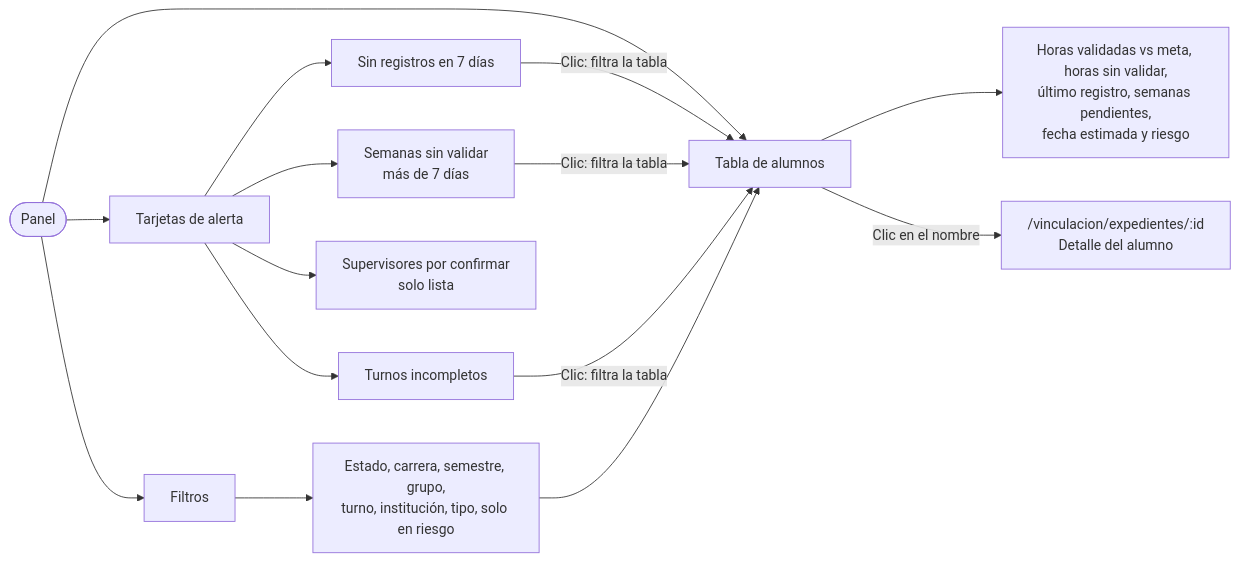
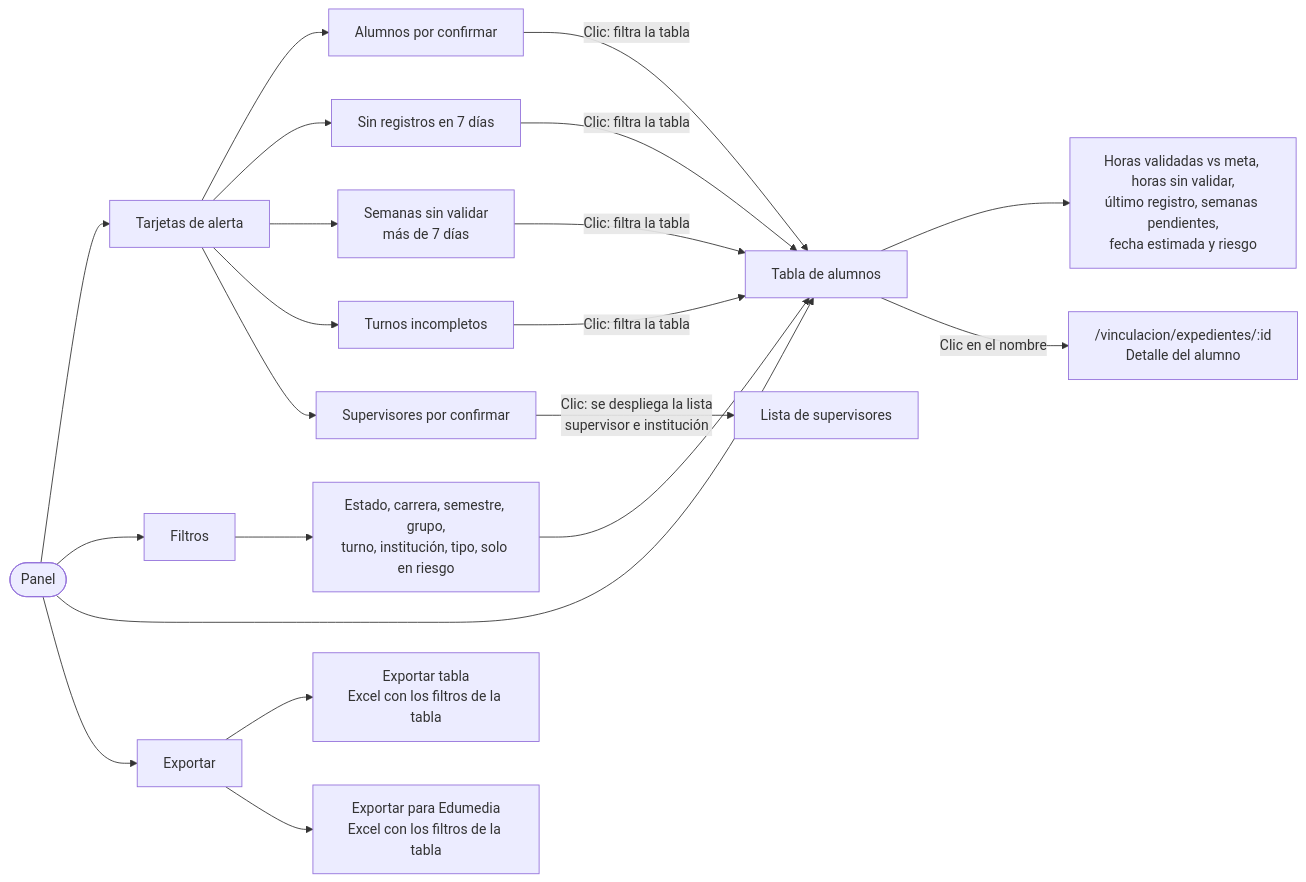
The fourth of 12 diagrams in docs/flujo-app.md (leslie-garcia801/praxis), drawn with Mermaid before and after one commit. The commit also changed other lines of this file and 3 other files, not shown here.

Commit message:
docs: update the app flow and the project status to iterations 1-7 and the post-MVP improvements

````diff
--- a/docs/flujo-app.md
+++ b/docs/flujo-app.md
@@ -120,18 +129,24 @@
 ```mermaid
 flowchart LR
     P([Panel]) --> AL[Tarjetas de alerta]
     P --> FI[Filtros]
     P --> TB[Tabla de alumnos]
+    P --> EX[Exportar]
 
+    AL --> A0[Alumnos por confirmar]
     AL --> A1[Sin registros en 7 días]
     AL --> A2[Semanas sin validar<br/>más de 7 días]
     AL --> A3[Turnos incompletos]
-    AL --> A4[Supervisores por confirmar<br/>solo lista]
-    A1 & A2 & A3 -- "Clic: filtra la tabla" --> TB
+    AL --> A4[Supervisores por confirmar]
+    A4 -- "Clic: se despliega la lista<br/>supervisor e institución" --> LS[Lista de supervisores]
+    A0 & A1 & A2 & A3 -- "Clic: filtra la tabla" --> TB
+
+    EX --> E1[Exportar tabla<br/>Excel con los filtros de la tabla]
+    EX --> E2[Exportar para Edumedia<br/>Excel con los filtros de la tabla]
 
     FI --> F1[Estado, carrera, semestre, grupo,<br/>turno, institución, tipo, solo en riesgo]
     F1 --> TB
 
     TB --> COL[Horas validadas vs meta, horas sin validar,<br/>último registro, semanas pendientes,<br/>fecha estimada y riesgo]
     TB -- "Clic en el nombre" --> DET["/vinculacion/expedientes/:id<br/>Detalle del alumno"]
 ```
````
